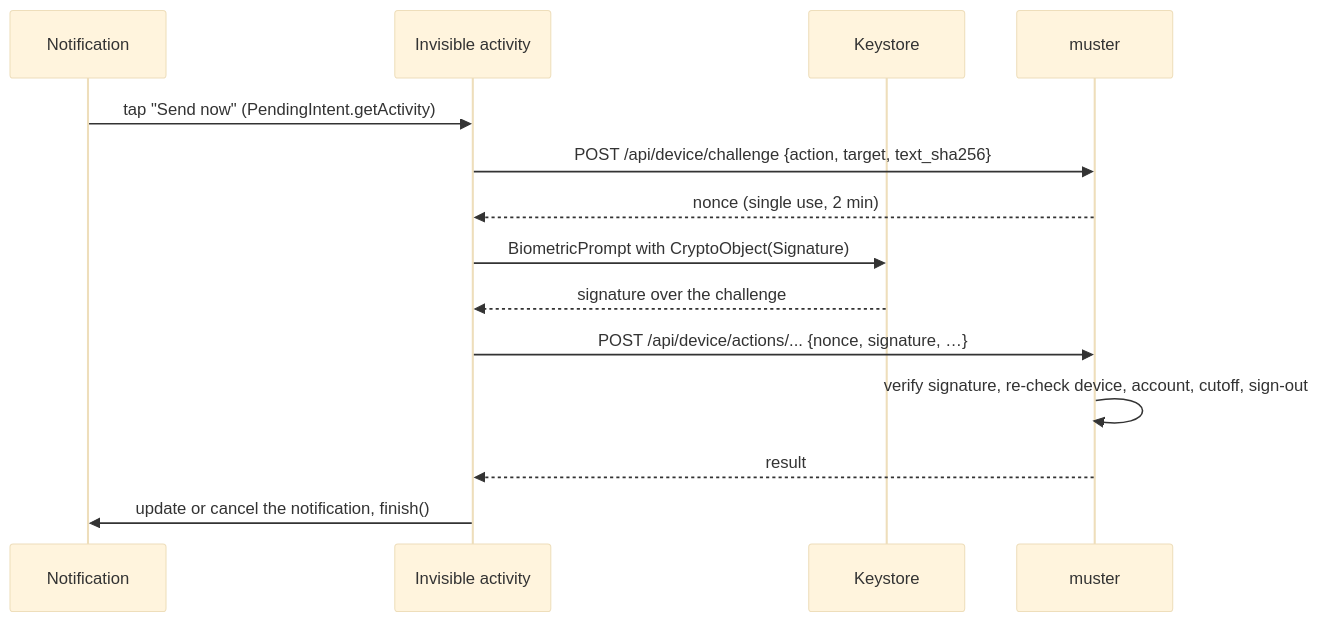
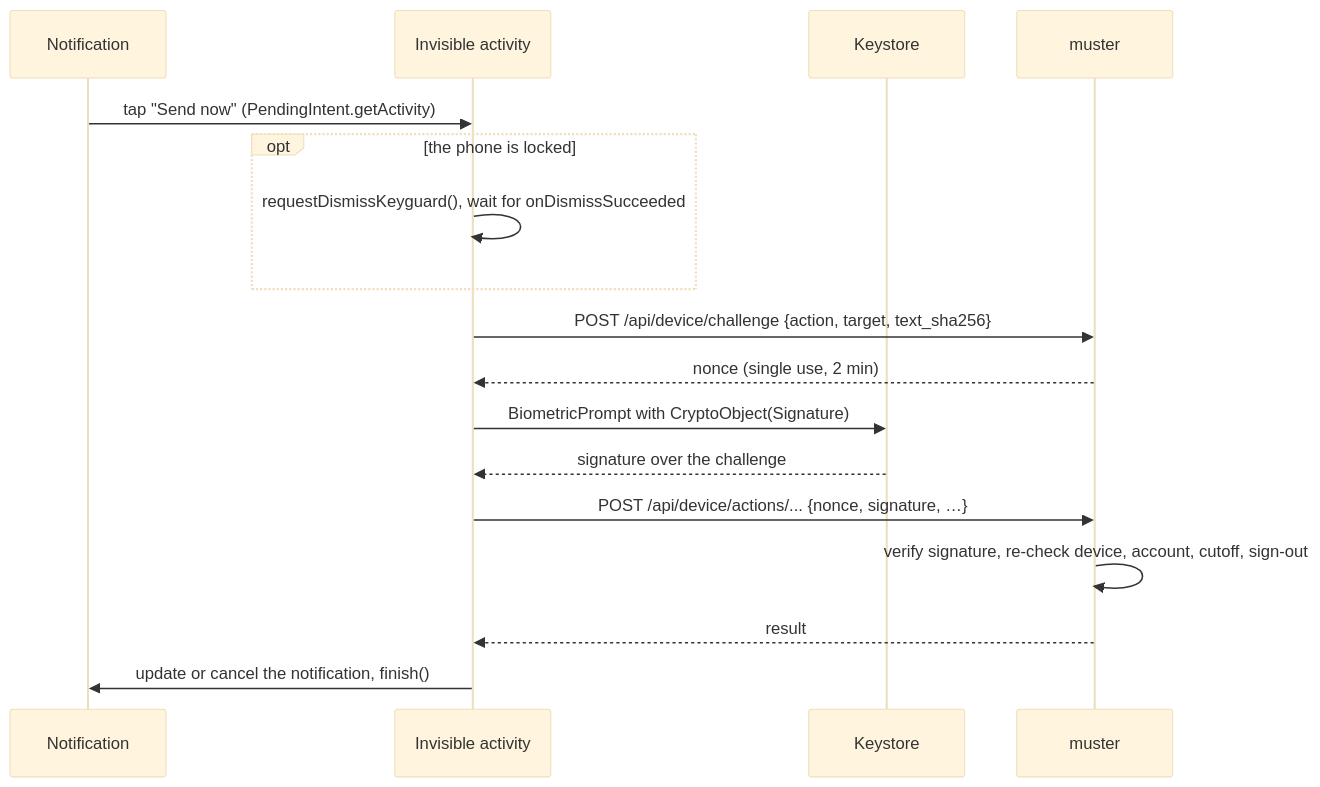
Before and after one commit to KevinBevinXX/muster: the diagram in docs/design/android.md, drawn with Mermaid (base theme). The commit also changed other lines of this file, not shown here.

````diff
--- a/docs/design/android.md
+++ b/docs/design/android.md
@@ -382,16 +475,19 @@
 ```mermaid
 sequenceDiagram
   participant N as Notification
   participant A as Invisible activity
   participant K as Keystore
   participant M as muster
   N->>A: tap "Send now" (PendingIntent.getActivity)
+  opt the phone is locked
+    A->>A: requestDismissKeyguard(), wait for onDismissSucceeded
+  end
   A->>M: POST /api/device/challenge {action, target, text_sha256}
   M-->>A: nonce (single use, 2 min)
   A->>K: BiometricPrompt with CryptoObject(Signature)
   K-->>A: signature over the challenge
   A->>M: POST /api/device/actions/... {nonce, signature, …}
   M->>M: verify signature, re-check device, account, cutoff, sign-out
   M-->>A: result
   A->>N: update or cancel the notification, finish()
 ```
````
